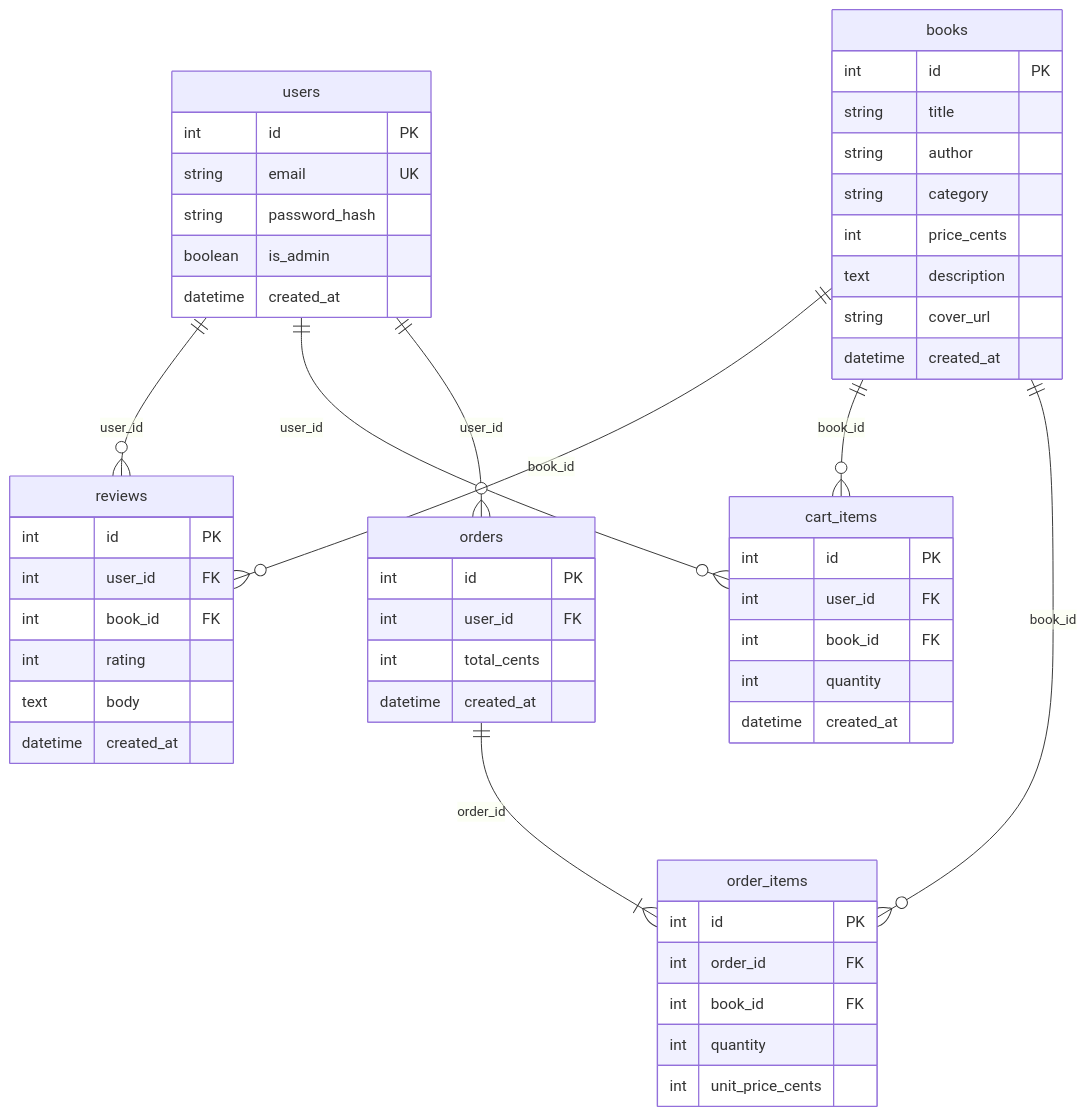
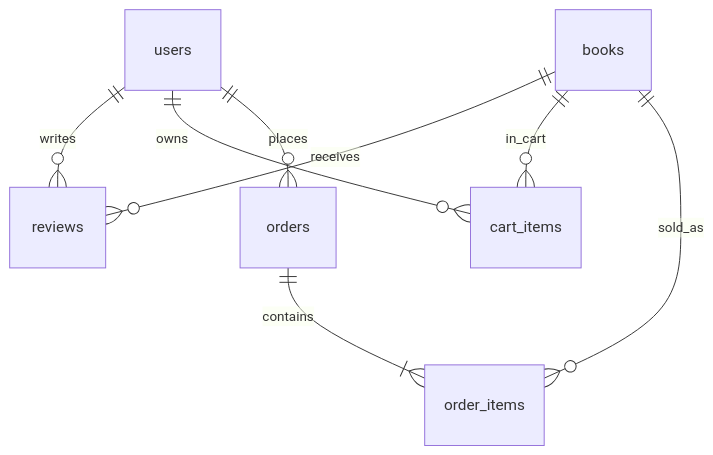
The diagram in README.md (sadek17481748/bookly), drawn with Mermaid before and after one commit. The commit also changed other lines of this file, not shown here.

Commit message:
updated erd diagram

````diff
--- a/README.md
+++ b/README.md
@@ -556,61 +556,10 @@
 ```mermaid
 erDiagram
-    users ||--o{ reviews : "user_id"
-    users ||--o{ cart_items : "user_id"
-    users ||--o{ orders : "user_id"
-    books ||--o{ reviews : "book_id"
-    books ||--o{ cart_items : "book_id"
-    books ||--o{ order_items : "book_id"
-    orders ||--|{ order_items : "order_id"
-
-    users {
-        int id PK
-        string email UK
-        string password_hash
-        boolean is_admin
-        datetime created_at
-    }
-
-    books {
-        int id PK
-        string title
-        string author
-        string category
-        int price_cents
-        text description
-        string cover_url
-        datetime created_at
-    }
-
-    reviews {
-        int id PK
-        int user_id FK
-        int book_id FK
-        int rating
-        text body
-        datetime created_at
-    }
-
-    cart_items {
-        int id PK
-        int user_id FK
-        int book_id FK
-        int quantity
-        datetime created_at
-    }
-
-    orders {
-        int id PK
-        int user_id FK
-        int total_cents
-        datetime created_at
-    }
-
-    order_items {
-        int id PK
-        int order_id FK
-        int book_id FK
-        int quantity
-        int unit_price_cents
-    }
+    users ||--o{ reviews : "writes"
+    users ||--o{ cart_items : "owns"
+    users ||--o{ orders : "places"
+    books ||--o{ reviews : "receives"
+    books ||--o{ cart_items : "in_cart"
+    books ||--o{ order_items : "sold_as"
+    orders ||--|{ order_items : "contains"
 ```
````
